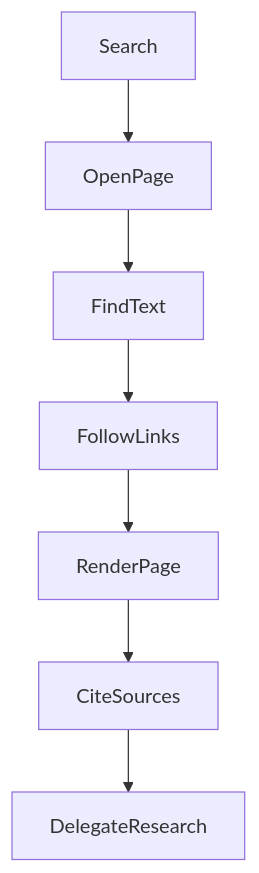
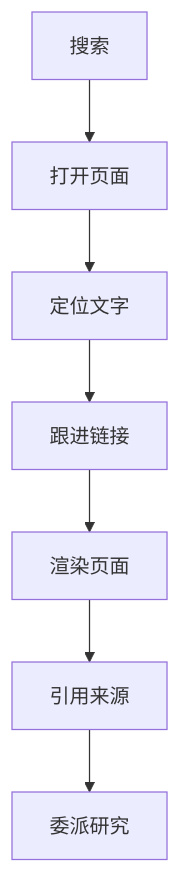
One commit to hpoenixf/eff-agent-article changed the first of 10 diagrams in articles/021-agent-web-research-from-search-to-deep-reading.md. Above: the diagram before and after it, drawn with Mermaid. The commit also changed other lines of this file and 52 other files, not shown here.

Commit message:
docs: localize diagrams and clarify flagship guides

````diff
--- a/articles/021-agent-web-research-from-search-to-deep-reading.md
+++ b/articles/021-agent-web-research-from-search-to-deep-reading.md
@@ -19,9 +19,9 @@
 ```mermaid
 graph TD
-Search --> OpenPage
-OpenPage --> FindText
-FindText --> FollowLinks
-FollowLinks --> RenderPage
-RenderPage --> CiteSources
-CiteSources --> DelegateResearch
+Search["搜索"] --> OpenPage["打开页面"]
+OpenPage --> FindText["定位文字"]
+FindText --> FollowLinks["跟进链接"]
+FollowLinks --> RenderPage["渲染页面"]
+RenderPage --> CiteSources["引用来源"]
+CiteSources --> DelegateResearch["委派研究"]
 ```
````
